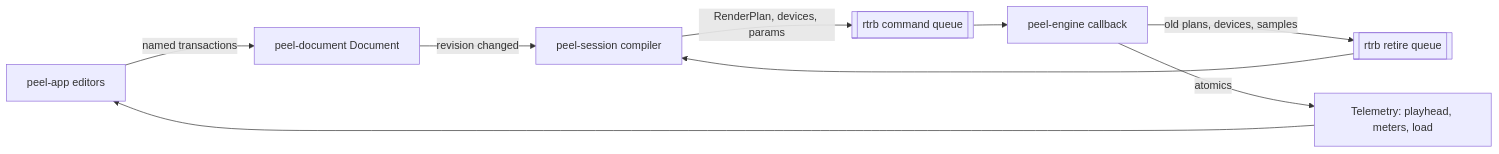
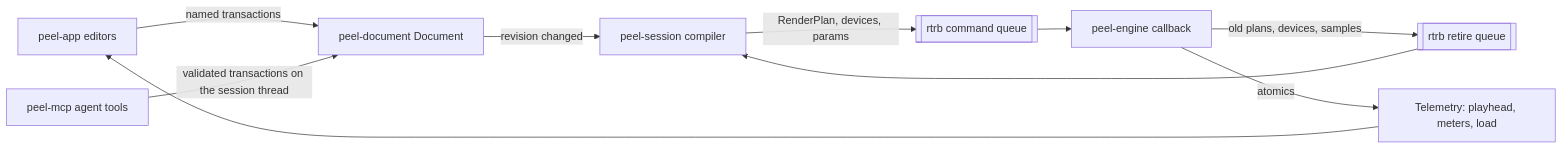
Before and after one commit to Vheissu/peel-studio: the diagram in docs/ARCHITECTURE.md, drawn with Mermaid. The commit also changed other lines of this file and 17 other files, not shown here.

````diff
--- a/docs/ARCHITECTURE.md
+++ b/docs/ARCHITECTURE.md
@@ -46,11 +47,12 @@
 ```mermaid
 flowchart LR
     UI["peel-app editors"] -->|"named transactions"| Doc["peel-document Document"]
+    MCP["peel-mcp agent tools"] -->|"validated transactions on the session thread"| Doc
     Doc -->|"revision changed"| Session["peel-session compiler"]
     Session -->|"RenderPlan, devices, params"| Queue[["rtrb command queue"]]
     Queue --> Engine["peel-engine callback"]
     Engine -->|"old plans, devices, samples"| Retire[["rtrb retire queue"]]
     Retire --> Session
     Engine -->|"atomics"| Telemetry["Telemetry: playhead, meters, load"]
     Telemetry --> UI
 ```
````
